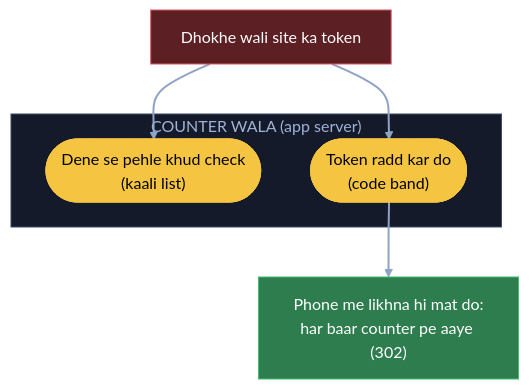
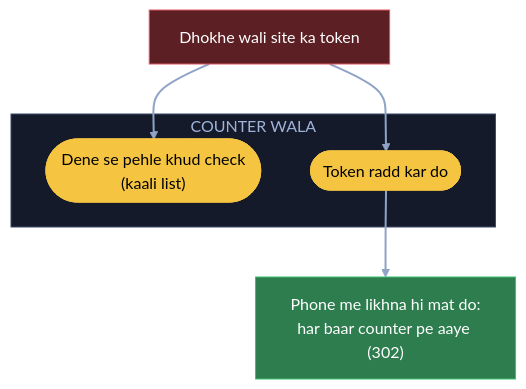
Before and after one commit to ArpanMaheshwari144/Prep: diagram 12 of 14 in 04_HLD/SYSTEM_DESIGNS/01_url_shortener/01_url_shortener.md, drawn with Mermaid (base theme). The commit also changed other lines of this file and 21 other files, not shown here.

Commit message:
Diagram: saare label purani halat me (bracket wala kaam dobara, sirf kahani ke dohraaye shabd)

````diff
--- a/04_HLD/SYSTEM_DESIGNS/01_url_shortener/01_url_shortener.md
+++ b/04_HLD/SYSTEM_DESIGNS/01_url_shortener/01_url_shortener.md
@@ -473,18 +473,18 @@
 ```mermaid
 flowchart TB
     T["Dhokhe wali site ka token"]:::bad
-    subgraph CW["COUNTER WALA (app server)"]
+    subgraph CW["COUNTER WALA"]
         K(["Dene se pehle khud check<br/>(kaali list)"]):::pill
-        R(["Token radd kar do<br/>(code band)"]):::pill
+        R(["Token radd kar do"]):::pill
     end
     PH["Phone me likhna hi mat do:<br/>har baar counter pe aaye (302)"]:::good
     T --> K
     T --> R
     R --> PH
     linkStyle default stroke:#8fa3c7,stroke-width:2px
     classDef card fill:#1e2638,stroke:#3a4a6b,color:#e8ecf5
     classDef pill fill:#f5c542,stroke:#f5c542,color:#000
     classDef good fill:#2e7d4f,stroke:#3fbf6f,color:#fff
     classDef bad fill:#5c1f24,stroke:#e05561,color:#fff
     style CW fill:#141a29,stroke:#3a4a6b,color:#9fb3d9
 ```
````
